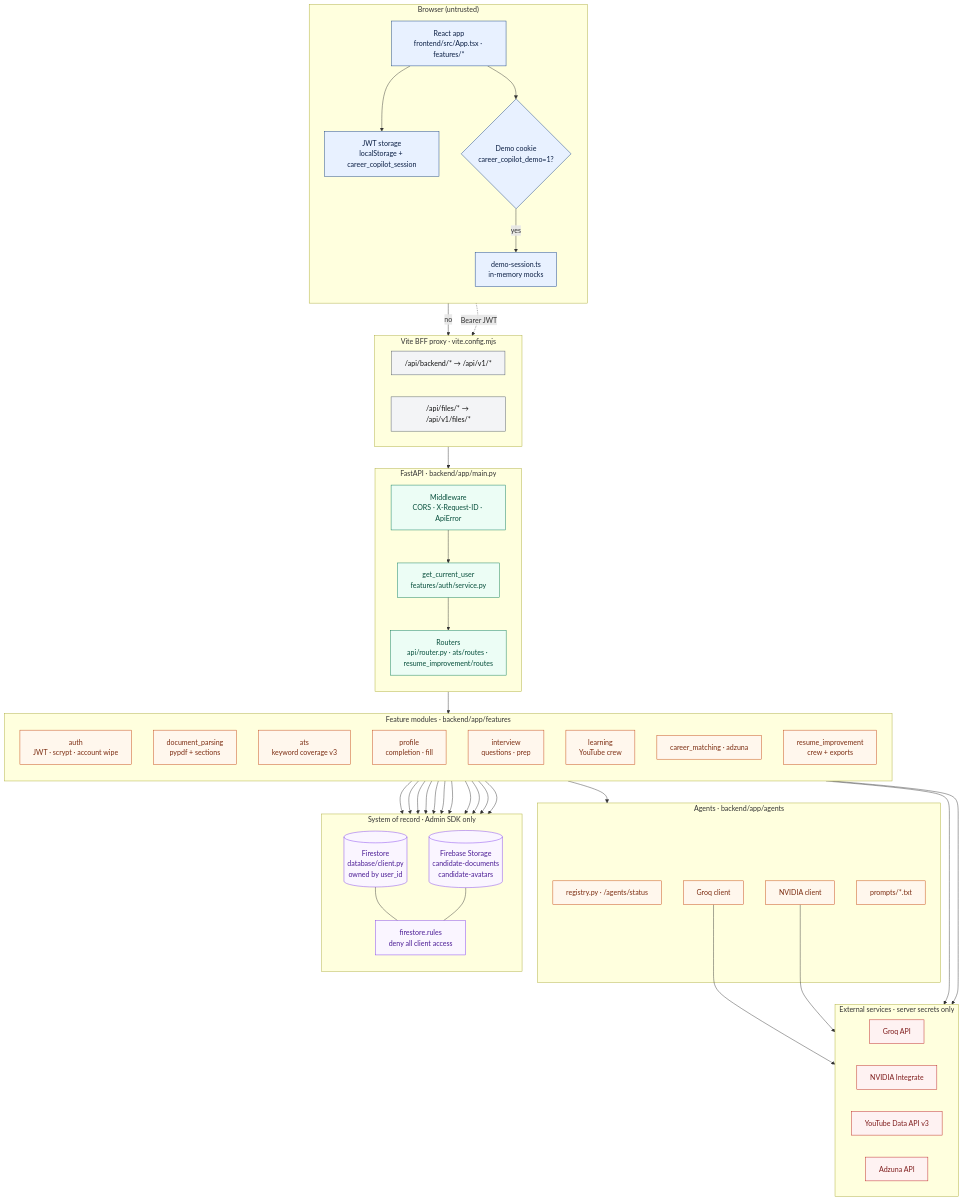
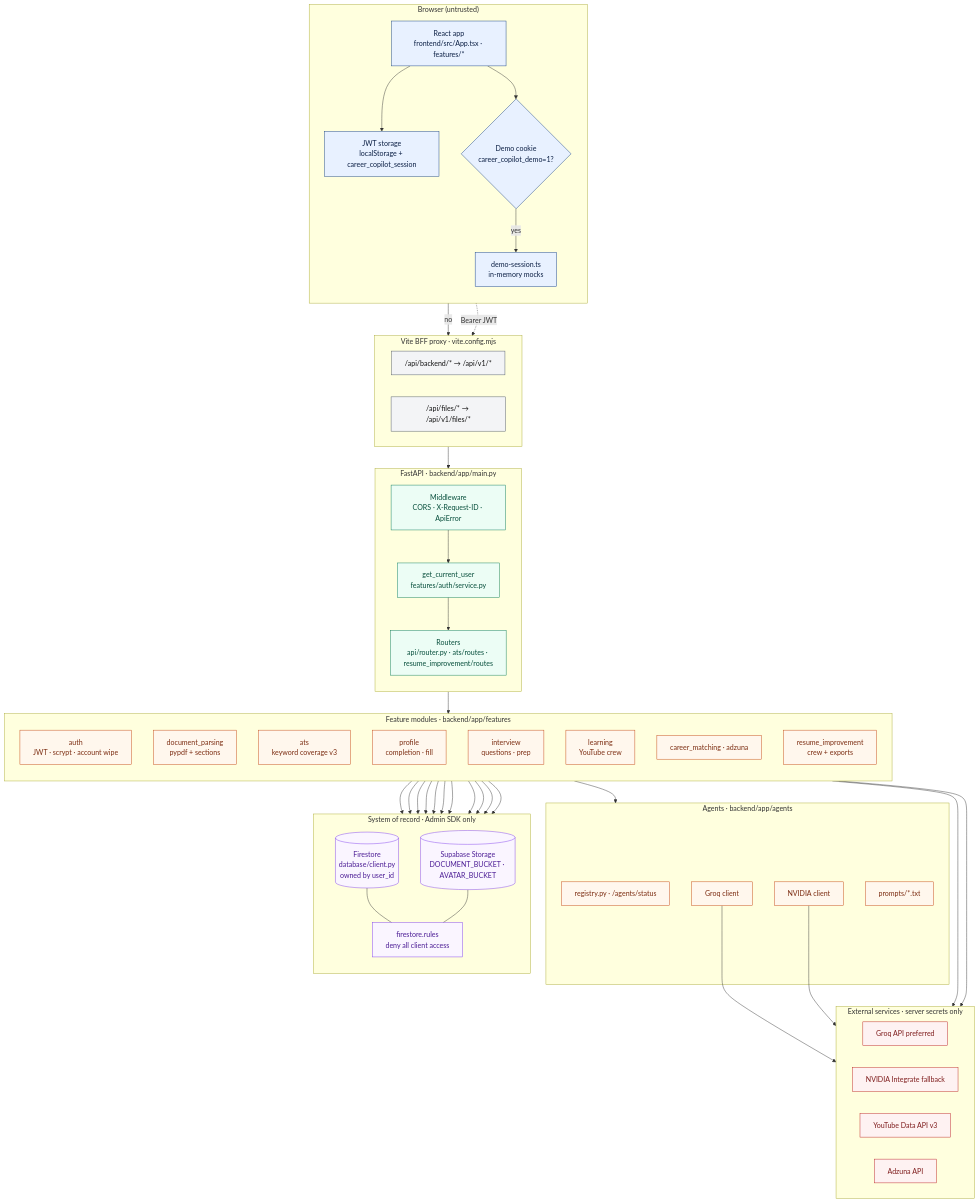
One commit to RonakkudalAI/AI-Career-Copilot changed the first of 5 diagrams in docs/diagrams.md. Above: the diagram before and after it, drawn with Mermaid. The commit also changed 30 other files, not shown here.

```diff
--- a/docs/diagrams.md
+++ b/docs/diagrams.md
@@ -61,15 +61,15 @@
   subgraph DATA["System of record · Admin SDK only"]
     direction TB
     FS[("Firestore<br/>database/client.py<br/>owned by user_id")]
-    ST[("Firebase Storage<br/>candidate-documents<br/>candidate-avatars")]
+    ST[("Supabase Storage<br/>DOCUMENT_BUCKET · AVATAR_BUCKET")]
     RULES["firestore.rules<br/>deny all client access"]
   end
 
   %% ── External ────────────────────────────────────────────
   subgraph EXT["External services · server secrets only"]
     direction LR
-    XG["Groq API"]
-    XN["NVIDIA Integrate"]
+    XG["Groq API preferred"]
+    XN["NVIDIA Integrate fallback"]
     XY["YouTube Data API v3"]
     XA["Adzuna API"]
   end
```
